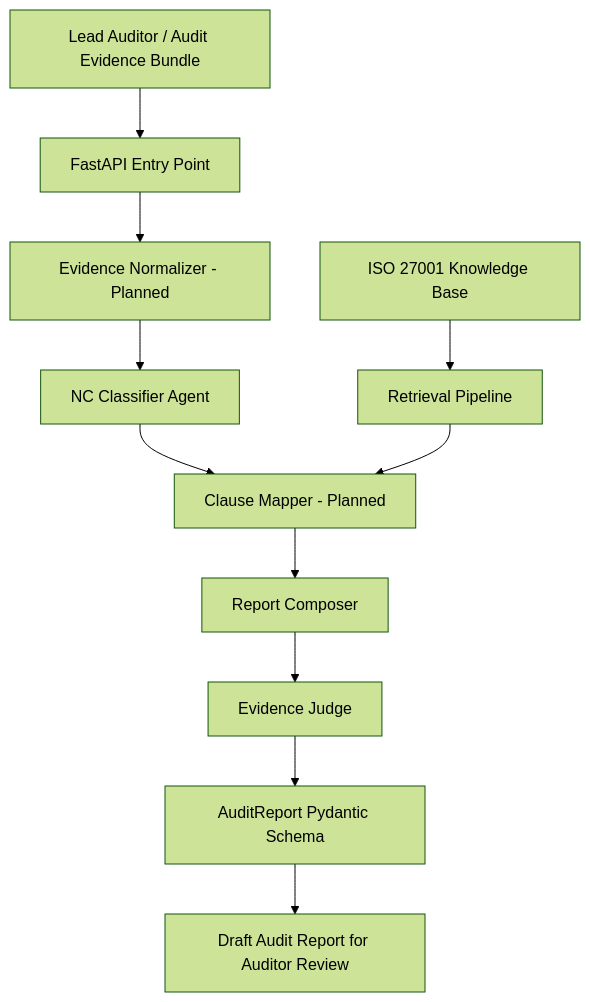
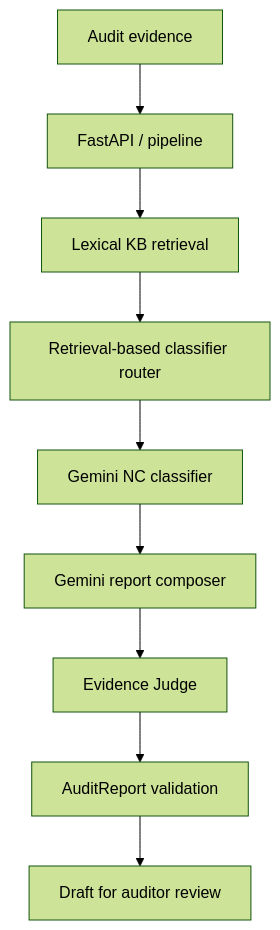
One commit to Folkkkks/ISOAuditReportGenerator changed the diagram in README.md. Above: the diagram before and after it, drawn with Mermaid (forest theme). The commit also changed other lines of this file and 15 other files, not shown here.

````diff
--- a/README.md
+++ b/README.md
@@ -78,18 +58,11 @@
 ```mermaid
 flowchart TD
-    A[Lead Auditor / Audit Evidence Bundle]
-    A --> B[FastAPI Entry Point]
-
-    B --> C[Evidence Normalizer - Planned]
-    C --> D[NC Classifier Agent]
-    D --> E[Clause Mapper - Planned]
-
-    K[ISO 27001 Knowledge Base]
-    K --> R[Retrieval Pipeline]
-    R --> E
-
-    E --> F[Report Composer]
+    A[Audit evidence] --> B[FastAPI / pipeline]
+    B --> C[Lexical KB retrieval]
+    C --> D[Retrieval-based classifier router]
+    D --> E[Gemini NC classifier]
+    E --> F[Gemini report composer]
     F --> G[Evidence Judge]
-    G --> H[AuditReport Pydantic Schema]
-    H --> I[Draft Audit Report for Auditor Review]
+    G --> H[AuditReport validation]
+    H --> I[Draft for auditor review]
 ```
````
